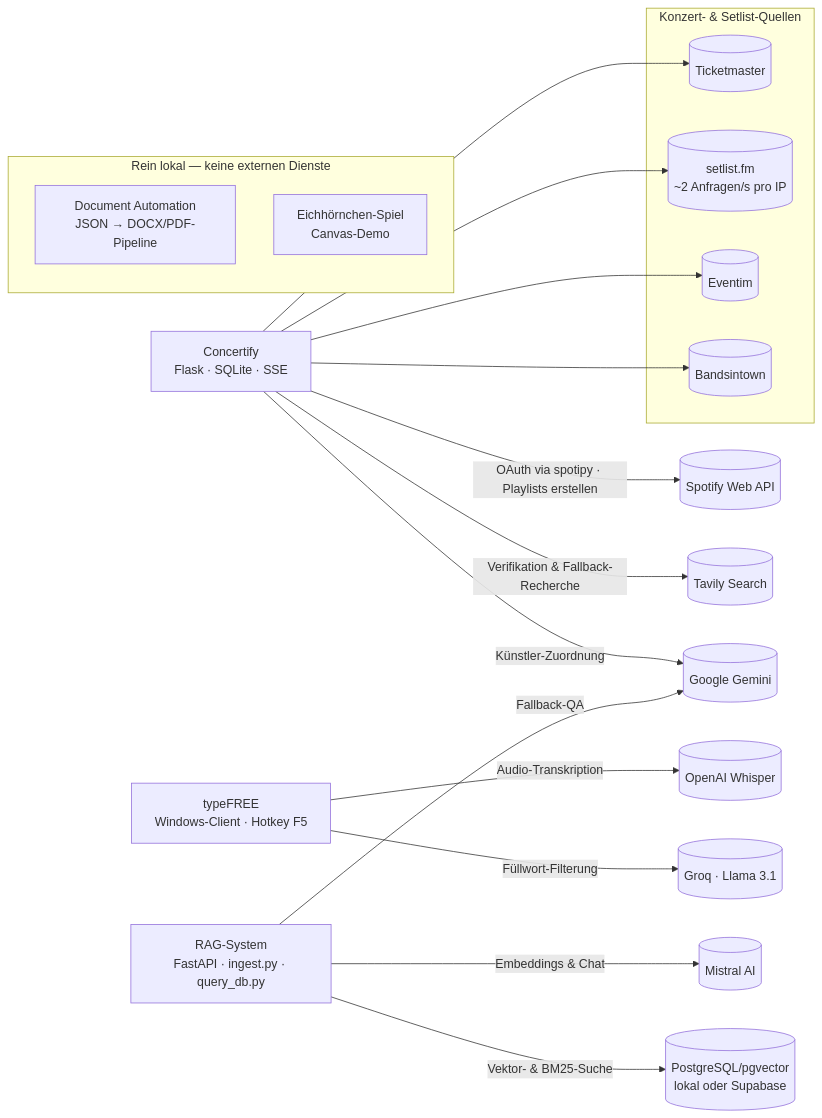
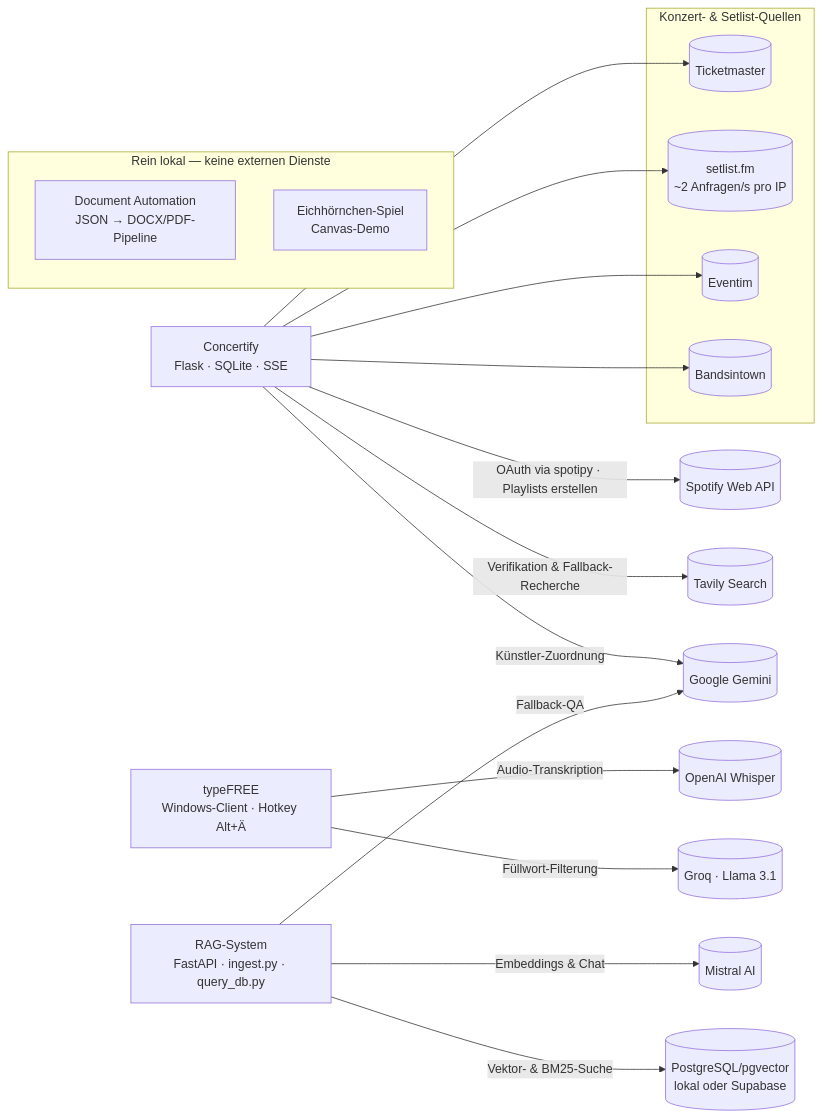
One commit to HeartledAgentEngineer/it-ot-agentic-engineering changed the diagram in 02_Softwareentwicklung_IT/README.md. Above: the diagram before and after it, drawn with Mermaid. The commit also changed other lines of this file and 1 other file, not shown here.

Commit message:
Portfolio-READMEs: typeFREE-Angaben richtiggestellt
Beide READMEs behaupteten noch F5 als Hotkey; der Root-README nannte
zusätzlich Umgebungsvariablen für die API-Schlüssel, obwohl sie jetzt
aus einer .env neben dem Programm kommen. Projekt-Tabellen um die 46
automatisierten Prüfungen und pytest im Stack ergänzt.

````diff
--- a/02_Softwareentwicklung_IT/README.md
+++ b/02_Softwareentwicklung_IT/README.md
@@ -25,41 +25,41 @@
 ```mermaid
 flowchart LR
     subgraph Lokal [Rein lokal — keine externen Dienste]
         DocAuto[Document Automation<br/>JSON → DOCX/PDF-Pipeline]
         Spiel[Eichhörnchen-Spiel<br/>Canvas-Demo]
     end
 
     Concertify[Concertify<br/>Flask · SQLite · SSE]
-    TypeFree[typeFREE<br/>Windows-Client · Hotkey F5]
+    TypeFree[typeFREE<br/>Windows-Client · Hotkey Alt+Ä]
     RAG[RAG-System<br/>FastAPI · ingest.py · query_db.py]
 
     subgraph Konzertdaten [Konzert- & Setlist-Quellen]
         TM[(Ticketmaster)]
         SFM[(setlist.fm<br/>~2 Anfragen/s pro IP)]
         Eventim[(Eventim)]
         BIT[(Bandsintown)]
     end
 
     Spotify[(Spotify Web API)]
     Tavily[(Tavily Search)]
     Gemini[(Google Gemini)]
     Whisper[(OpenAI Whisper)]
     Groq[(Groq · Llama 3.1)]
     Mistral[(Mistral AI)]
     PG[(PostgreSQL/pgvector<br/>lokal oder Supabase)]
 
     Concertify -->|OAuth via spotipy · Playlists erstellen| Spotify
     Concertify --> TM
     Concertify --> SFM
     Concertify --> Eventim
     Concertify --> BIT
     Concertify -->|Verifikation & Fallback-Recherche| Tavily
     Concertify -->|Künstler-Zuordnung| Gemini
 
     TypeFree -->|Audio-Transkription| Whisper
     TypeFree -->|Füllwort-Filterung| Groq
 
     RAG -->|Embeddings & Chat| Mistral
     RAG -->|Fallback-QA| Gemini
     RAG -->|Vektor- & BM25-Suche| PG
 ```
````
